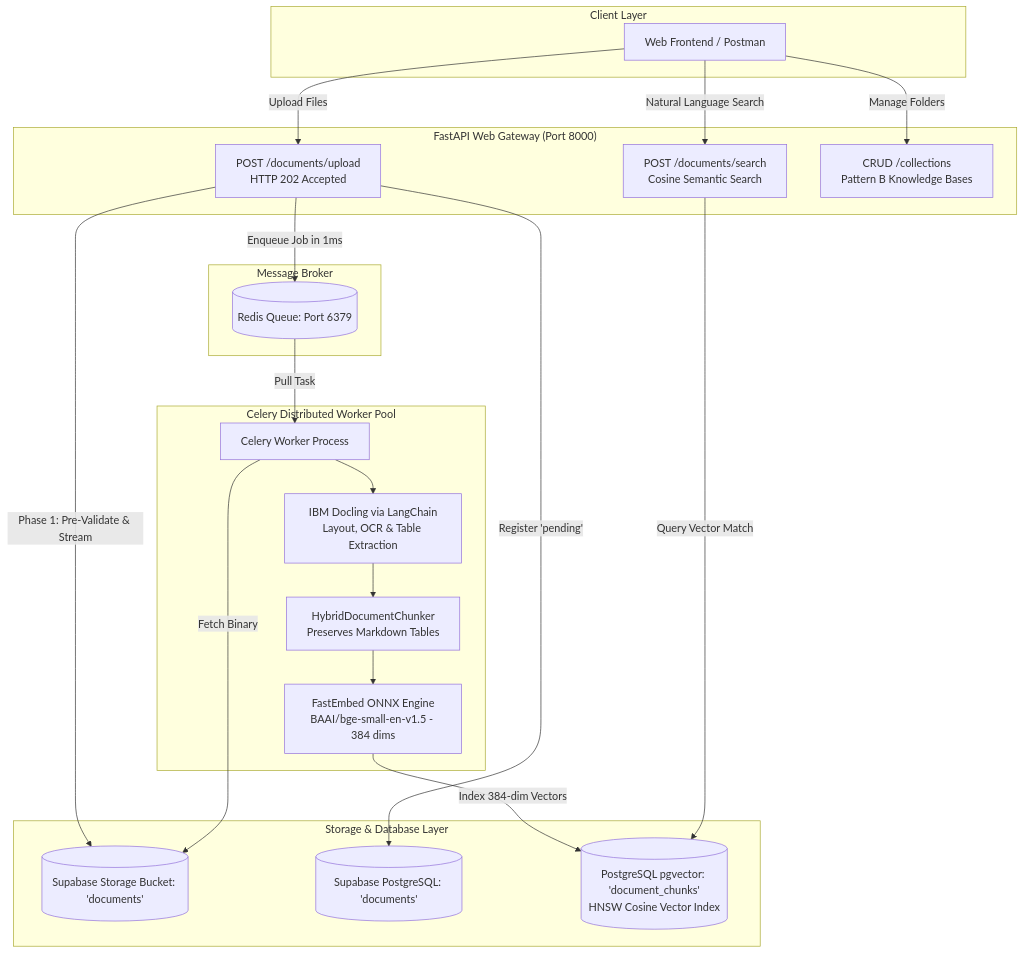
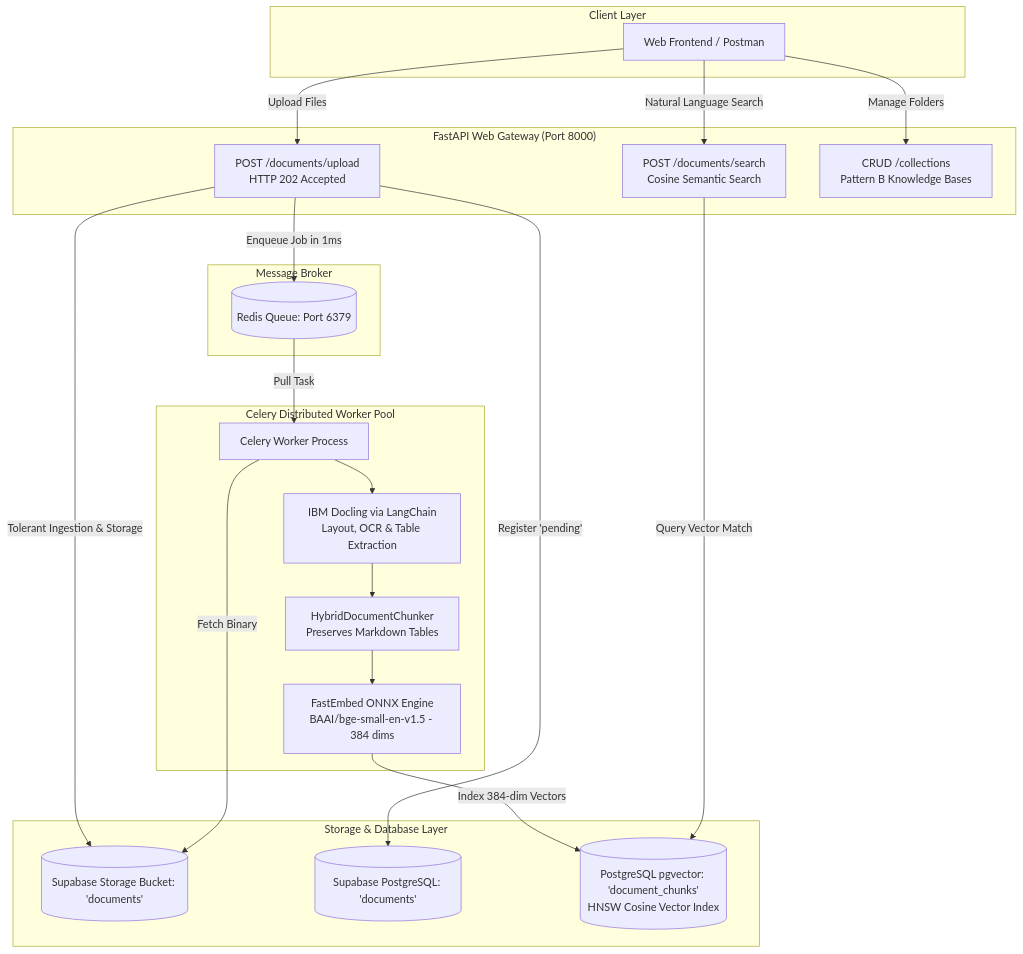
One commit to sabkat-ahmed-rafi/ai-document-intelligence-platform changed the diagram in README.md. Above: the diagram before and after it, drawn with Mermaid. The commit also changed other lines of this file and 4 other files, not shown here.

````diff
--- a/README.md
+++ b/README.md
@@ -25,43 +25,43 @@
 ```mermaid
 flowchart TD
     subgraph Client ["Client Layer"]
         Postman[Web Frontend / Postman]
     end
 
     subgraph API ["FastAPI Web Gateway (Port 8000)"]
         UploadEndpoint[POST /documents/upload<br/>HTTP 202 Accepted]
         SearchEndpoint[POST /documents/search<br/>Cosine Semantic Search]
         CollectionsEndpoint[CRUD /collections<br/>Pattern B Knowledge Bases]
     end
 
     subgraph Storage ["Storage & Database Layer"]
         SupabaseStorage[(Supabase Storage Bucket: 'documents')]
         PostgreSQL[(Supabase PostgreSQL: 'documents')]
         PGVector[(PostgreSQL pgvector: 'document_chunks'<br/>HNSW Cosine Vector Index)]
     end
 
     subgraph Broker ["Message Broker"]
         Redis[(Redis Queue: Port 6379)]
     end
 
     subgraph Workers ["Celery Distributed Worker Pool"]
         CeleryWorker[Celery Worker Process]
         Docling[IBM Docling via LangChain<br/>Layout, OCR & Table Extraction]
         Chunker[HybridDocumentChunker<br/>Preserves Markdown Tables]
         FastEmbed[FastEmbed ONNX Engine<br/>BAAI/bge-small-en-v1.5 - 384 dims]
         CeleryWorker --> Docling --> Chunker --> FastEmbed
     end
 
     Postman -->|Upload Files| UploadEndpoint
     Postman -->|Natural Language Search| SearchEndpoint
     Postman -->|Manage Folders| CollectionsEndpoint
 
-    UploadEndpoint -->|Phase 1: Pre-Validate & Stream| SupabaseStorage
+    UploadEndpoint -->|Tolerant Ingestion & Storage| SupabaseStorage
     UploadEndpoint -->|Register 'pending'| PostgreSQL
     UploadEndpoint -->|Enqueue Job in 1ms| Redis
 
     Redis -->|Pull Task| CeleryWorker
     CeleryWorker -->|Fetch Binary| SupabaseStorage
     FastEmbed -->|Index 384-dim Vectors| PGVector
     SearchEndpoint -->|Query Vector Match| PGVector
 ```
````
